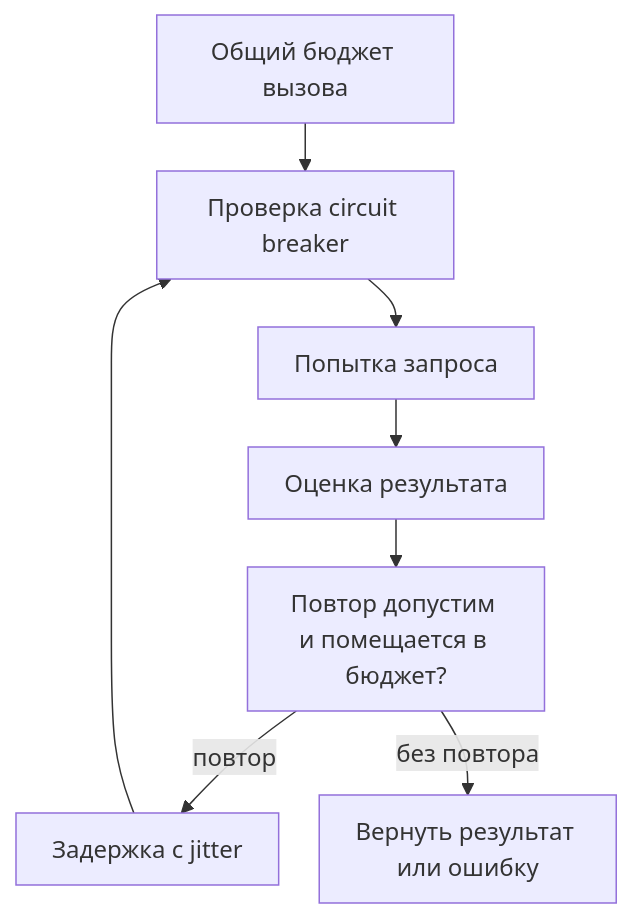
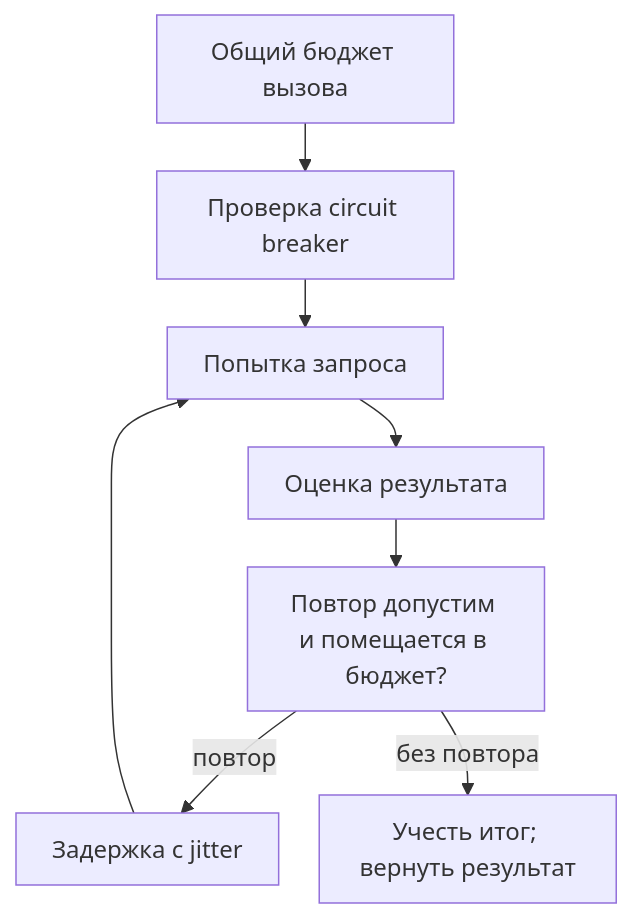
The diagram in translations/ru/blog/posts/2026-09-13-production-http-grpc-clients.md (bedrock-python/bedrock-python.github.io), drawn with Mermaid before and after one commit. The commit also changed other lines of this file and 205 other files, not shown here.

````diff
--- a/translations/ru/blog/posts/2026-09-13-production-http-grpc-clients.md
+++ b/translations/ru/blog/posts/2026-09-13-production-http-grpc-clients.md
@@ -116,26 +218,26 @@
 ```mermaid
 ---
 config:
   theme: default
   look: classic
   flowchart:
     useMaxWidth: false
     wrappingWidth: 150
     padding: 12
     nodeSpacing: 24
     rankSpacing: 32
 ---
 flowchart TD
-    accTitle: Ограничения одного исходящего вызова
-    accDescr: Общий бюджет ограничивает весь вызов. Повтор допустим, если он безопасен, осталось время и настройки защиты разрешают новую попытку.
+    accTitle: Один HTTP-вызов, несколько возможных попыток
+    accDescr: HTTP breaker проверяется до повторов и учитывает их итоговый результат. Все попытки используют общий дедлайн вызова.
     A["Общий бюджет вызова"]
     B["Проверка circuit breaker"]
     C["Попытка запроса"]
     D["Оценка результата"]
     E["Повтор допустим и помещается в бюджет?"]
     F["Задержка с jitter"]
-    G["Вернуть результат или ошибку"]
+    G["Учесть итог; вернуть результат"]
     A --> B --> C --> D --> E
-    E -->|"повтор"| F --> B
+    E -->|"повтор"| F --> C
     E -->|"без повтора"| G
 ```
````
